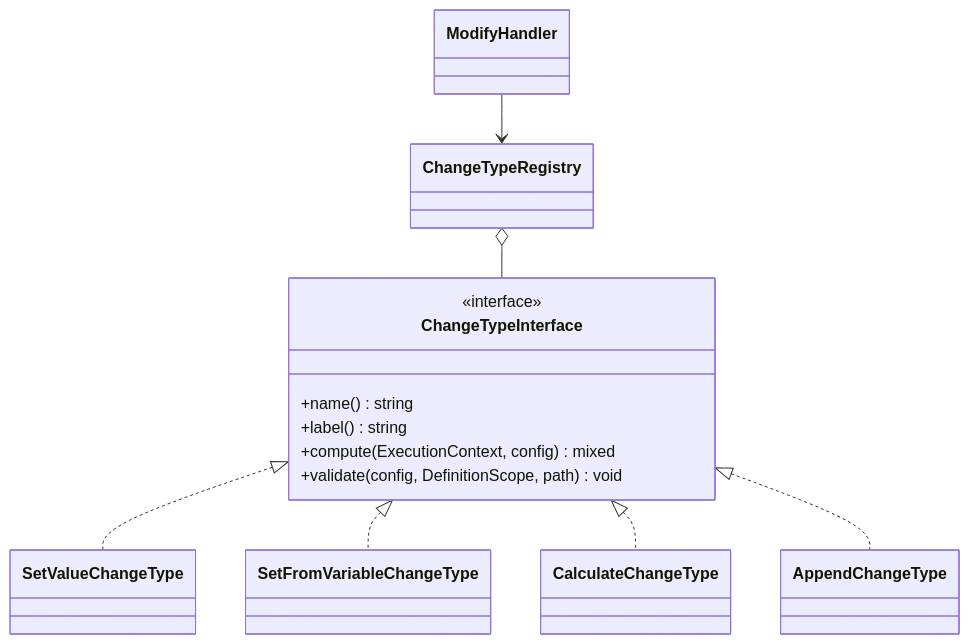
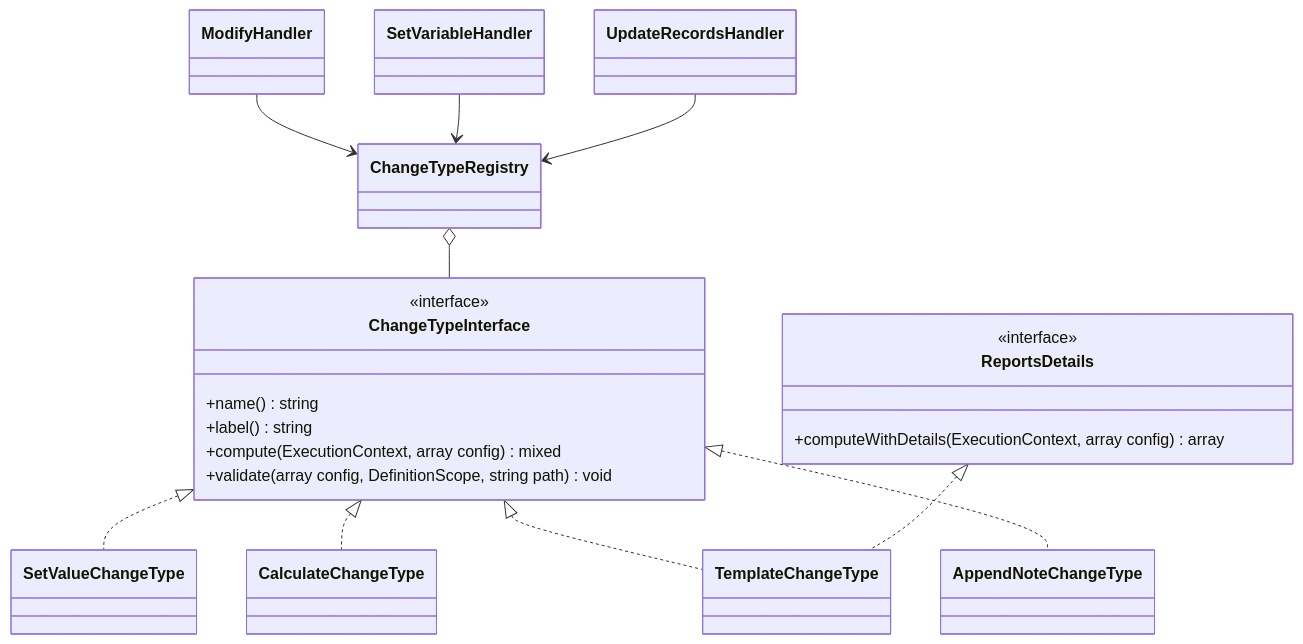
One commit to madarch-labs/Workflow-Processing-Service changed the diagram in doc/en/07-developer-guide/extending/new-change-type.md. Above: the diagram before and after it, drawn with Mermaid. The commit also changed other lines of this file and 470 other files, not shown here.

````diff
--- a/doc/en/07-developer-guide/extending/new-change-type.md
+++ b/doc/en/07-developer-guide/extending/new-change-type.md
@@ -18,16 +27,23 @@
 ```mermaid
 classDiagram
     class ChangeTypeInterface {
         <<interface>>
         +name() string
         +label() string
-        +compute(ExecutionContext, config) mixed
-        +validate(config, DefinitionScope, path) void
+        +compute(ExecutionContext, array config) mixed
+        +validate(array config, DefinitionScope, string path) void
+    }
+    class ReportsDetails {
+        <<interface>>
+        +computeWithDetails(ExecutionContext, array config) array
     }
     ChangeTypeInterface <|.. SetValueChangeType
-    ChangeTypeInterface <|.. SetFromVariableChangeType
     ChangeTypeInterface <|.. CalculateChangeType
-    ChangeTypeInterface <|.. AppendChangeType
+    ChangeTypeInterface <|.. TemplateChangeType
+    ReportsDetails <|.. TemplateChangeType
+    ChangeTypeInterface <|.. AppendNoteChangeType
     ChangeTypeRegistry o-- ChangeTypeInterface
     ModifyHandler --> ChangeTypeRegistry
+    SetVariableHandler --> ChangeTypeRegistry
+    UpdateRecordsHandler --> ChangeTypeRegistry
 ```
````
